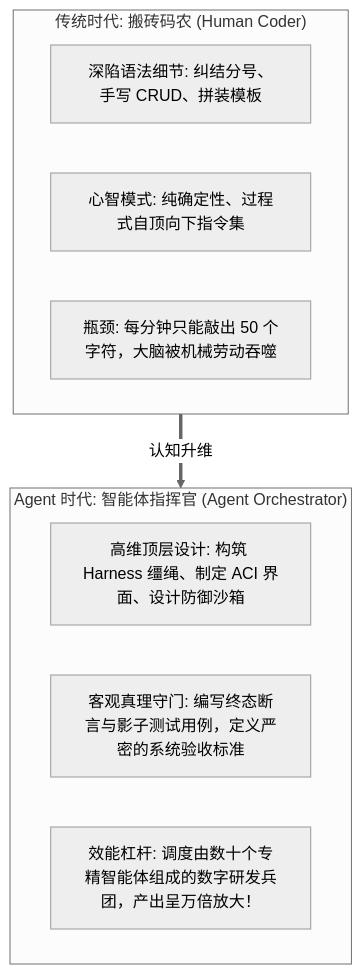
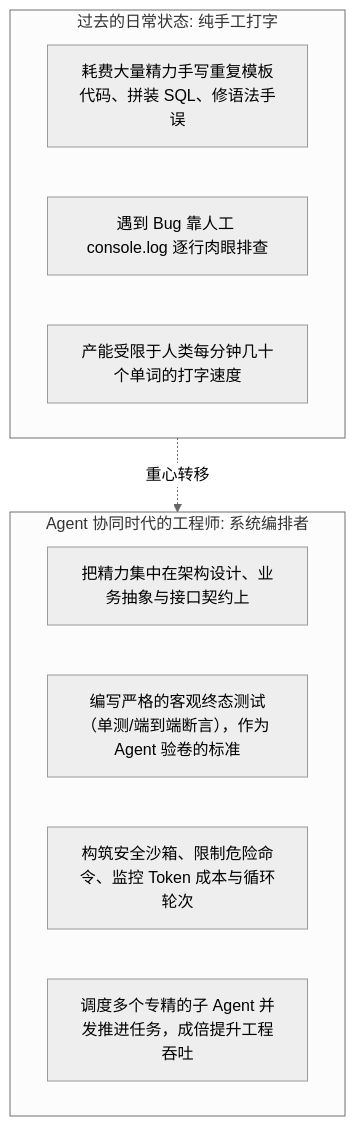
One commit to ljh12138164/ai-agent-study changed the first of 2 diagrams in app/ch10-multi-agent/04-future-and-orchestrator-mindset/page.mdx. Above: the diagram before and after it, drawn with Mermaid (neutral theme). The commit also changed other lines of this file and 43 other files, not shown here.

````diff
--- a/app/ch10-multi-agent/04-future-and-orchestrator-mindset/page.mdx
+++ b/app/ch10-multi-agent/04-future-and-orchestrator-mindset/page.mdx
@@ -13,16 +11,17 @@
 ```mermaid
-graph TD
-    subgraph TraditionalCoder["传统时代: 搬砖码农 (Human Coder)"]
-        C1["深陷语法细节: 纠结分号、手写 CRUD、拼装模板"]
-        C2["心智模式: 纯确定性、过程式自顶向下指令集"]
-        C3["瓶颈: 每分钟只能敲出 50 个字符，大脑被机械劳动吞噬"]
+flowchart TD
+    subgraph Past["过去的日常状态: 纯手工打字"]
+        P1["耗费大量精力手写重复模板代码、拼装 SQL、修语法手误"]
+        P2["遇到 Bug 靠人工 console.log 逐行肉眼排查"]
+        P3["产能受限于人类每分钟几十个单词的打字速度"]
     end
     
-    subgraph ModernOrchestrator["Agent 时代: 智能体指挥官 (Agent Orchestrator)"]
-        O1["高维顶层设计: 构筑 Harness 缰绳、制定 ACI 界面、设计防御沙箱"]
-        O2["客观真理守门: 编写终态断言与影子测试用例，定义严密的系统验收标准"]
-        O3["效能杠杆: 调度由数十个专精智能体组成的数字研发兵团，产出呈万倍放大！"]
+    subgraph Now["Agent 协同时代的工程师: 系统编排者"]
+        N1["把精力集中在架构设计、业务抽象与接口契约上"]
+        N2["编写严格的客观终态测试（单测/端到端断言），作为 Agent 验卷的标准"]
+        N3["构筑安全沙箱、限制危险命令、监控 Token 成本与循环轮次"]
+        N4["调度多个专精的子 Agent 并发推进任务，成倍提升工程吞吐"]
     end
-    
-    TraditionalCoder ==>|认知升维| ModernOrchestrator
+
+    Past -.->|重心转移| Now
 ```
````
